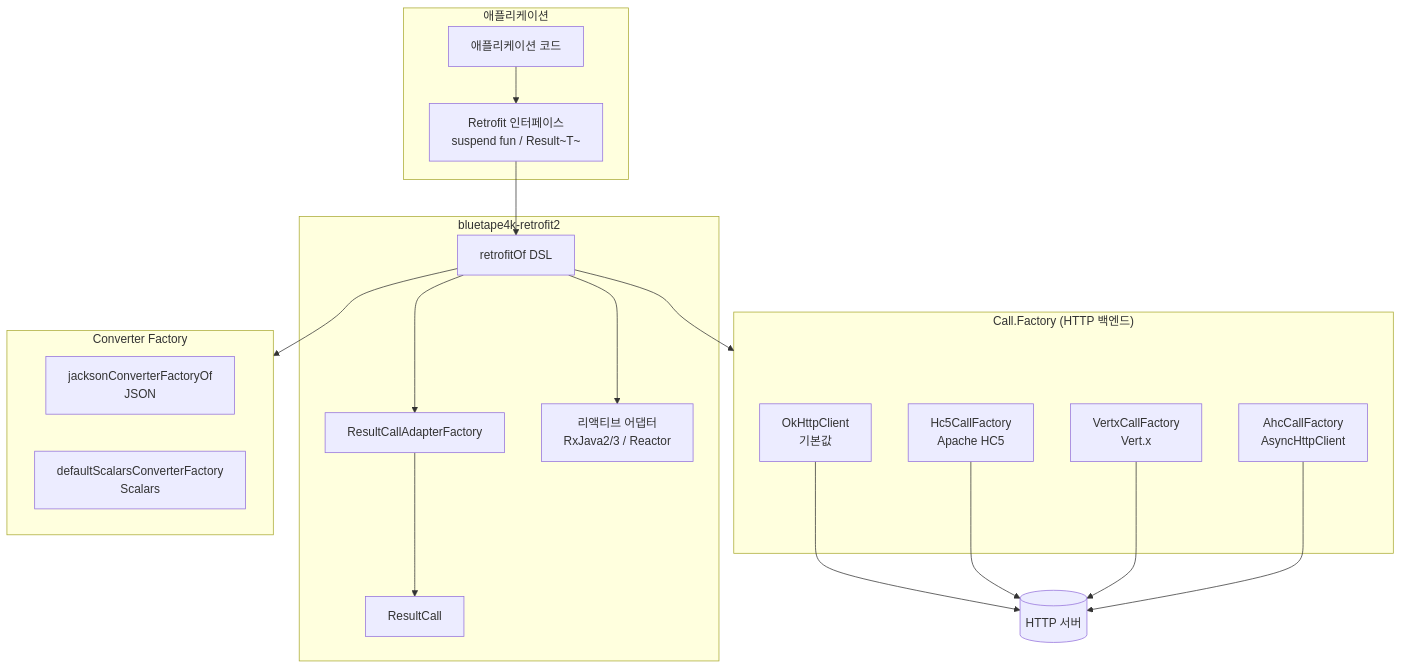
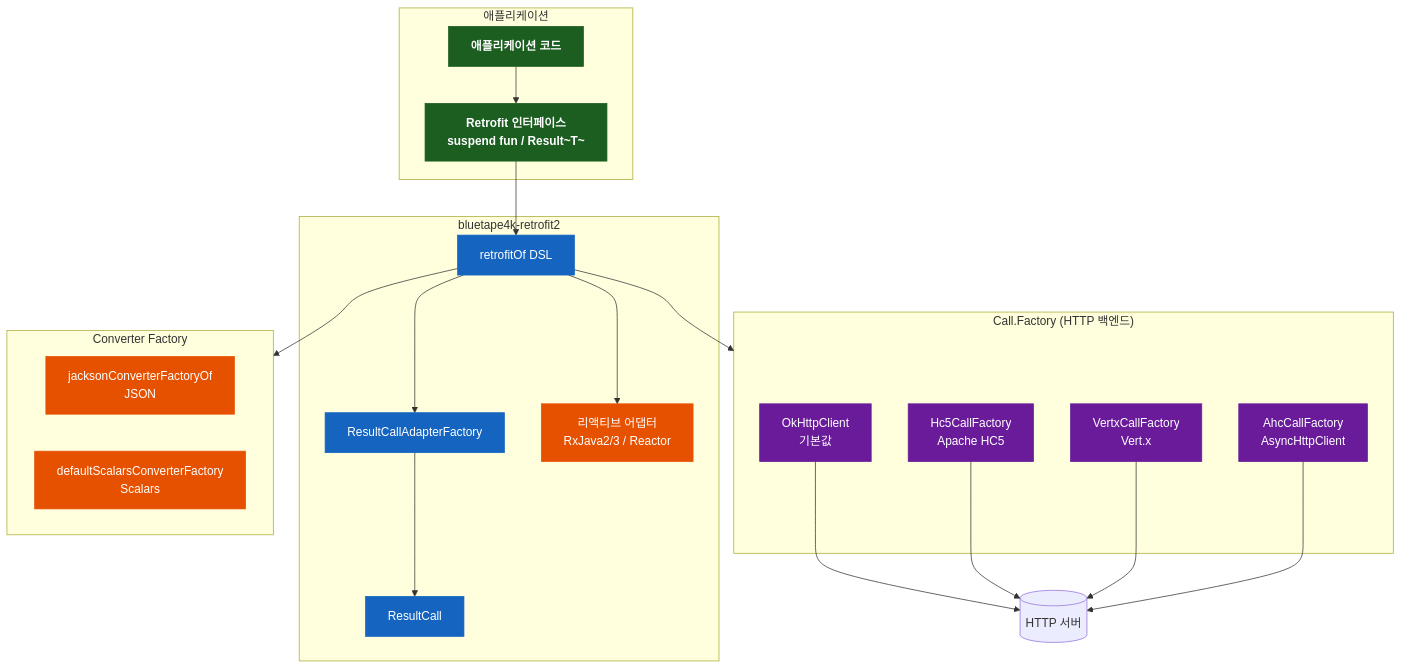
The first of 3 diagrams in io/retrofit2/README.ko.md (bluetape4k/bluetape4k-projects), drawn with Mermaid before and after one commit. The commit also changed other lines of this file and 221 other files, not shown here.

First line of the commit message:
docs: 전체 모듈 README UML 다이어그램 보강 및 색상 업그레이드

````diff
--- a/io/retrofit2/README.ko.md
+++ b/io/retrofit2/README.ko.md
@@ -16,38 +16,49 @@
 ```mermaid
 flowchart TD
     subgraph Application["애플리케이션"]
         APP[애플리케이션 코드]
         API[Retrofit 인터페이스\nsuspend fun / Result~T~]
     end
 
     subgraph bluetape4k-retrofit2
         RB[retrofitOf DSL]
         RCA[ResultCallAdapterFactory]
         RC[ResultCall]
         RX[리액티브 어댑터\nRxJava2/3 / Reactor]
     end
 
     subgraph CallFactory["Call.Factory (HTTP 백엔드)"]
         OKH[OkHttpClient\n기본값]
         HC5[Hc5CallFactory\nApache HC5]
         VTX[VertxCallFactory\nVert.x]
         AHC[AhcCallFactory\nAsyncHttpClient]
     end
 
     subgraph Converter["Converter Factory"]
         JCF[jacksonConverterFactoryOf\nJSON]
         SCF[defaultScalarsConverterFactory\nScalars]
     end
 
     APP --> API
     API --> RB
     RB --> RCA
     RCA --> RC
     RB --> CallFactory
     RB --> Converter
     RB --> RX
     OKH --> SERVER[(HTTP 서버)]
     HC5 --> SERVER
     VTX --> SERVER
     AHC --> SERVER
+
+    classDef coreStyle fill:#1B5E20,stroke:#1B5E20,color:#FFFFFF,font-weight:bold
+    classDef serviceStyle fill:#1565C0,stroke:#1565C0,color:#FFFFFF
+    classDef utilStyle fill:#E65100,stroke:#E65100,color:#FFFFFF
+    classDef asyncStyle fill:#6A1B9A,stroke:#6A1B9A,color:#FFFFFF
+
+    class APP,API coreStyle
+    class RB,RCA,RC serviceStyle
+    class OKH,HC5,VTX,AHC asyncStyle
+    class JCF,SCF utilStyle
+    class RX utilStyle
 ```
````
